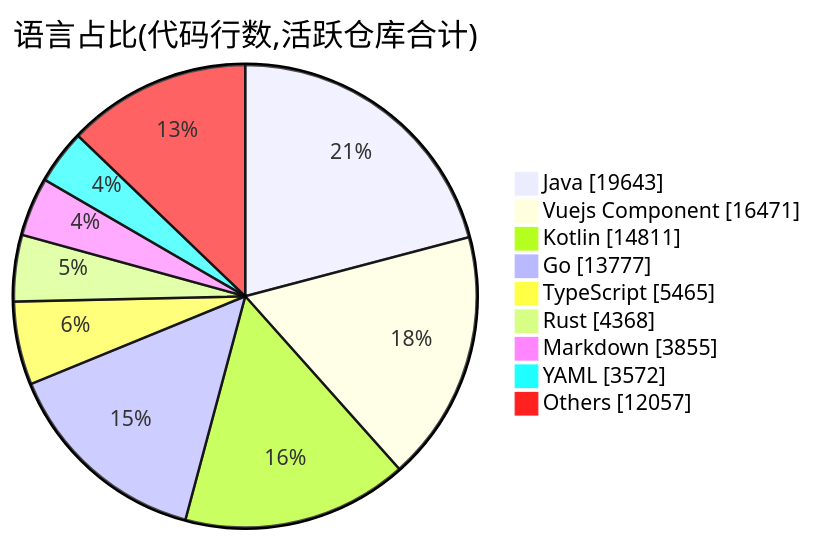
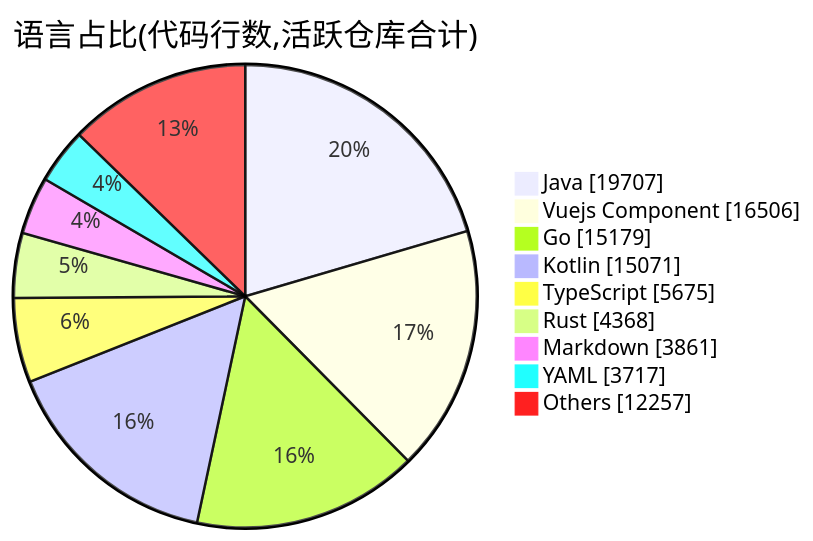
One commit to Conflux-Union/.github changed the second of 2 diagrams in profile/README.md. Above: the diagram before and after it, drawn with Mermaid. The commit also changed other lines of this file and 1 other file, not shown here.

````diff
--- a/profile/README.md
+++ b/profile/README.md
@@ -74,13 +74,13 @@
 ```mermaid
 pie showData
     title 语言占比(代码行数,活跃仓库合计)
-    "Java" : 19643
-    "Vuejs Component" : 16471
-    "Kotlin" : 14811
-    "Go" : 13777
-    "TypeScript" : 5465
+    "Java" : 19707
+    "Vuejs Component" : 16506
+    "Go" : 15179
+    "Kotlin" : 15071
+    "TypeScript" : 5675
     "Rust" : 4368
-    "Markdown" : 3855
-    "YAML" : 3572
-    "Others" : 12057
+    "Markdown" : 3861
+    "YAML" : 3717
+    "Others" : 12257
 ```
````
